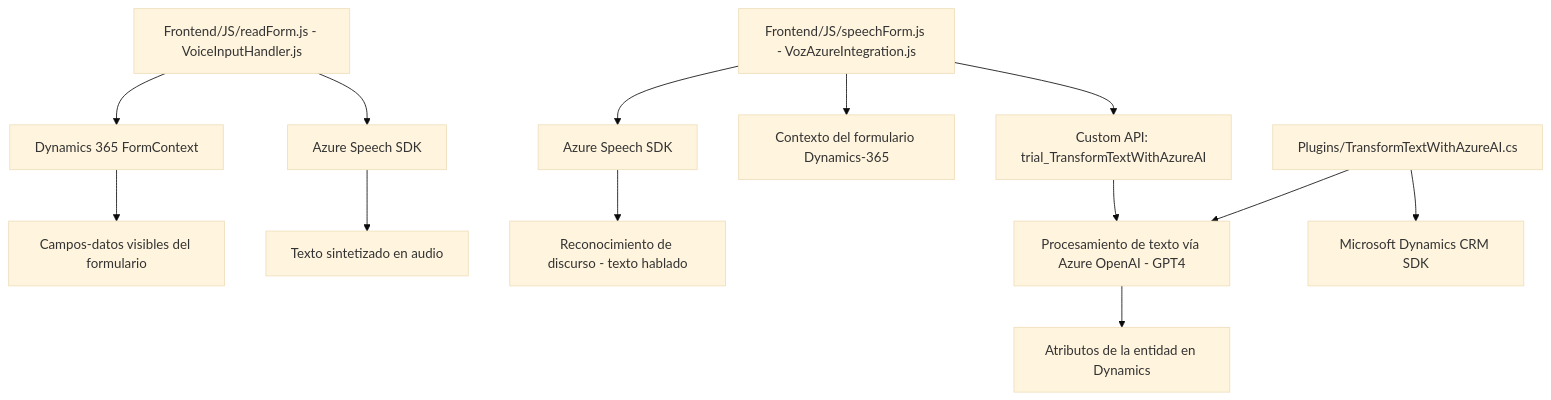
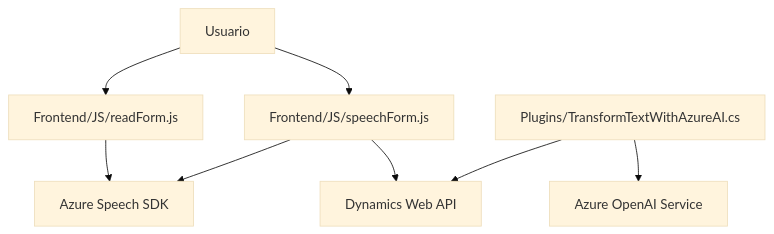
The diagram in README.md (blopezdm/NETCORE_BILBAO2025), drawn with Mermaid (base theme) before and after one commit. The commit also changed other lines of this file, not shown here.

````diff
--- a/README.md
+++ b/README.md
@@ -33,19 +64,10 @@
 ```mermaid
 graph TD
-  A1["Frontend/JS/readForm.js - VoiceInputHandler.js"] --> B1["Azure Speech SDK"]
-  A1 --> C1["Dynamics 365 FormContext"]
-  C1 --> C2["Campos-datos visibles del formulario"]
-
-  B1 --> D1["Texto sintetizado en audio"]
-
-  A2["Frontend/JS/speechForm.js - VozAzureIntegration.js"] --> B2["Azure Speech SDK"]
-  A2 --> C3["Contexto del formulario Dynamics-365"]
-  A2 --> E1["Custom API: trial_TransformTextWithAzureAI"]
-  
-  B2 --> F1["Reconocimiento de discurso - texto hablado"]
-  E1 --> G1["Procesamiento de texto vía Azure OpenAI - GPT4"]
-  G1 --> C4["Atributos de la entidad en Dynamics"]
-
-  Z1["Plugins/TransformTextWithAzureAI.cs"] --> H1["Microsoft Dynamics CRM SDK"]
-  Z1 --> G1
+    A["Usuario"] --> B["Frontend/JS/readForm.js"]
+    A --> C["Frontend/JS/speechForm.js"]
+    B --> D["Azure Speech SDK"]
+    C --> D
+    C --> E["Dynamics Web API"]
+    F["Plugins/TransformTextWithAzureAI.cs"] --> E
+    F --> G["Azure OpenAI Service"]
 ```
````
